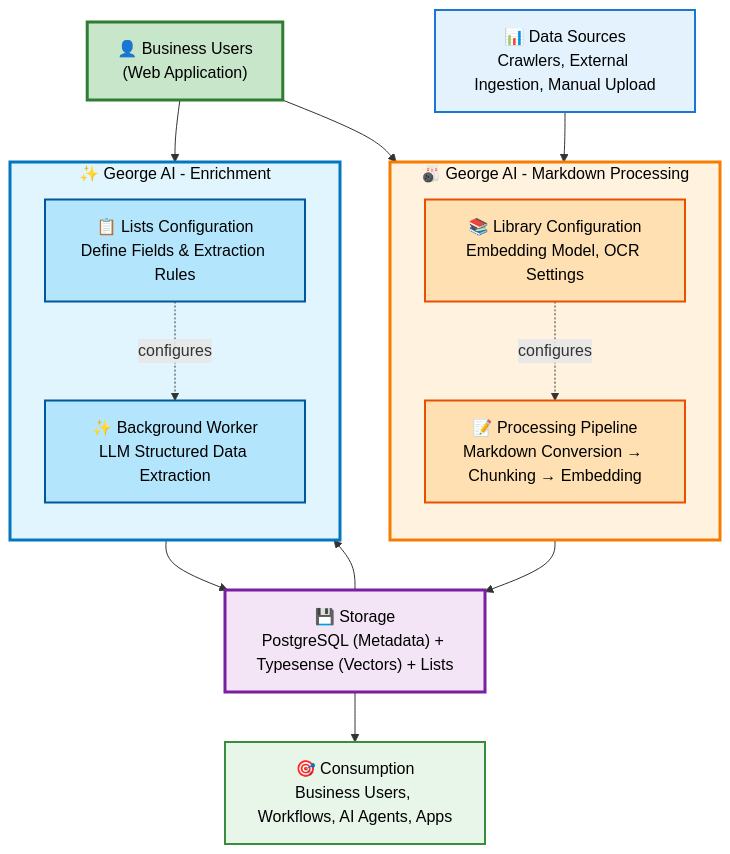
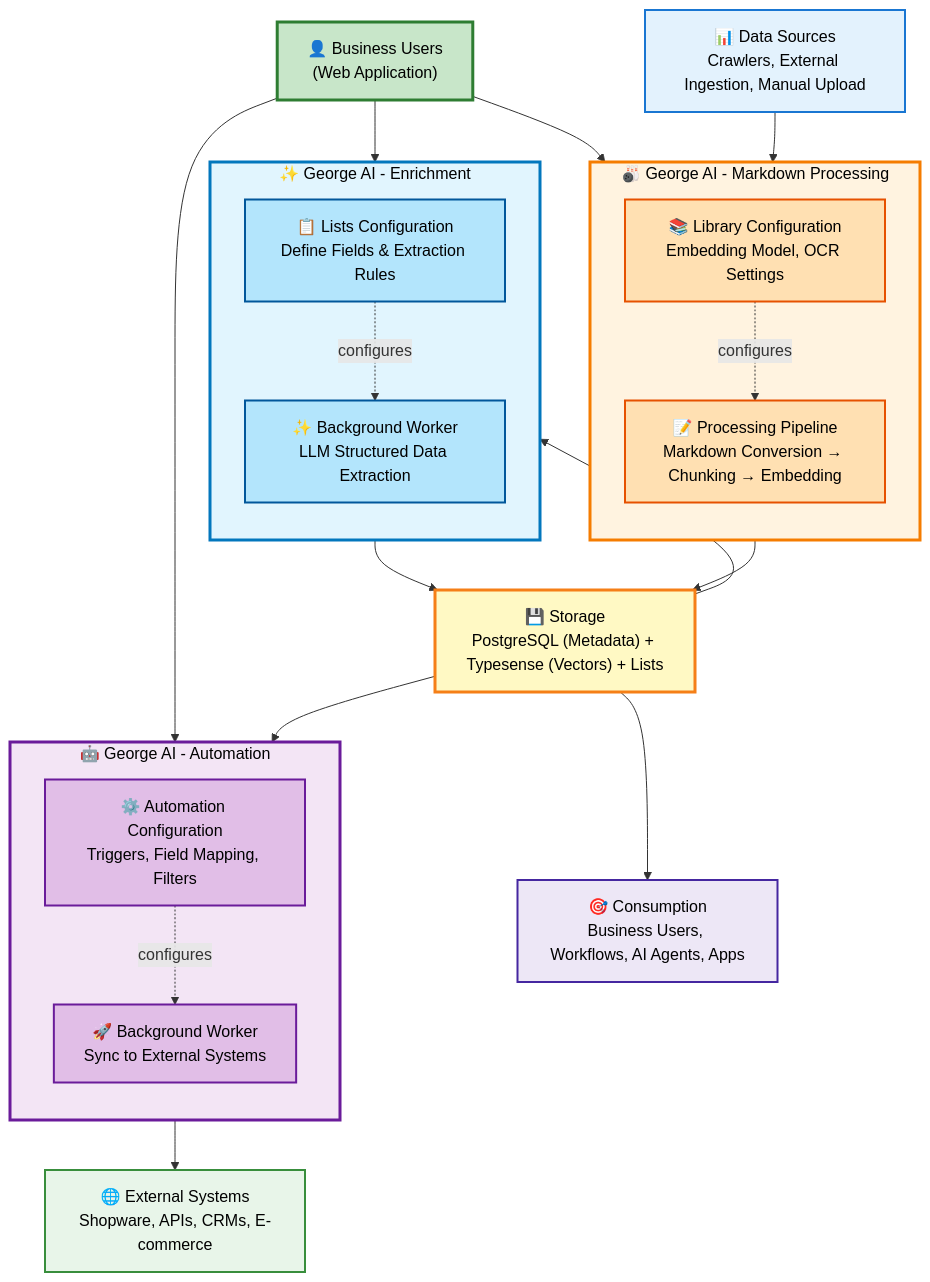
Before and after one commit to progwise/george-ai: the diagram in docs/architecture.md, drawn with Mermaid. The commit also changed other lines of this file, not shown here.

First line of the commit message:
docs: update architecture.md with automation system and new packages

````diff
--- a/docs/architecture.md
+++ b/docs/architecture.md
@@ -24,44 +28,60 @@
 ```mermaid
 flowchart TD
     Sources["📊 Data Sources<br/>Crawlers, External Ingestion, Manual Upload"]
 
     UI["👤 Business Users<br/>(Web Application)"]
 
     subgraph George["🎳 George AI - Markdown Processing"]
         direction TB
         LibraryConfig["📚 Library Configuration<br/>Embedding Model, OCR Settings"]
         Processing["📝 Processing Pipeline<br/>Markdown Conversion → Chunking → Embedding"]
     end
 
     subgraph Enrichment["✨ George AI - Enrichment"]
         direction TB
         ListConfig["📋 Lists Configuration<br/>Define Fields & Extraction Rules"]
         EnrichWorker["✨ Background Worker<br/>LLM Structured Data Extraction"]
     end
 
+    subgraph Automation["🤖 George AI - Automation"]
+        direction TB
+        AutomationConfig["⚙️ Automation Configuration<br/>Triggers, Field Mapping, Filters"]
+        AutomationWorker["🚀 Background Worker<br/>Sync to External Systems"]
+    end
+
     Storage["💾 Storage<br/>PostgreSQL (Metadata) + Typesense (Vectors) + Lists"]
+
+    ExternalSystems["🌐 External Systems<br/>Shopware, APIs, CRMs, E-commerce"]
 
     Consumption["🎯 Consumption<br/>Business Users, Workflows, AI Agents, Apps"]
 
     Sources --> George
     UI --> LibraryConfig
     UI --> ListConfig
+    UI --> AutomationConfig
     LibraryConfig -.configures.-> Processing
     Processing --> Storage
     Storage --> EnrichWorker
     ListConfig -.configures.-> EnrichWorker
     EnrichWorker --> Storage
+    Storage --> AutomationWorker
+    AutomationConfig -.configures.-> AutomationWorker
+    AutomationWorker --> ExternalSystems
     Storage --> Consumption
 
     style Sources fill:#e3f2fd,stroke:#1976d2,stroke-width:2px,color:#000
     style UI fill:#c8e6c9,stroke:#2e7d32,stroke-width:3px,color:#000
     style George fill:#fff3e0,stroke:#f57c00,stroke-width:3px,color:#000
     style Enrichment fill:#e1f5fe,stroke:#0277bd,stroke-width:3px,color:#000
-    style Storage fill:#f3e5f5,stroke:#7b1fa2,stroke-width:3px,color:#000
-    style Consumption fill:#e8f5e9,stroke:#388e3c,stroke-width:2px,color:#000
+    style Automation fill:#f3e5f5,stroke:#6a1b9a,stroke-width:3px,color:#000
+    style Storage fill:#fff9c4,stroke:#f57f17,stroke-width:3px,color:#000
+    style ExternalSystems fill:#e8f5e9,stroke:#388e3c,stroke-width:2px,color:#000
+    style Consumption fill:#ede7f6,stroke:#4527a0,stroke-width:2px,color:#000
 
     style LibraryConfig fill:#ffe0b2,stroke:#e65100,stroke-width:2px,color:#000
     style Processing fill:#ffe0b2,stroke:#e65100,stroke-width:2px,color:#000
     style ListConfig fill:#b3e5fc,stroke:#01579b,stroke-width:2px,color:#000
     style EnrichWorker fill:#b3e5fc,stroke:#01579b,stroke-width:2px,color:#000
+    style AutomationConfig fill:#e1bee7,stroke:#6a1b9a,stroke-width:2px,color:#000
+    style AutomationWorker fill:#e1bee7,stroke:#6a1b9a,stroke-width:2px,color:#000
 ```
````
